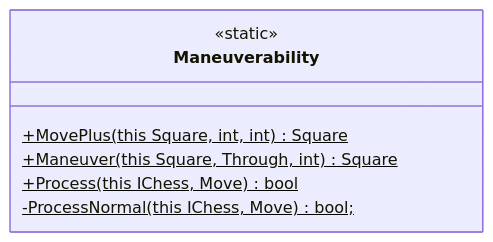
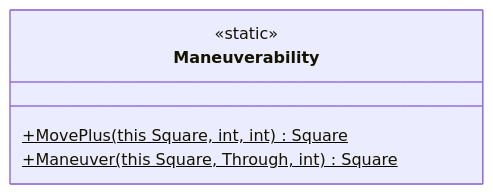
One commit to JeanLColombo/Mate changed the fifth of 9 diagrams in UML Diagram/Core/Extensions.md. Above: the diagram before and after it, drawn with Mermaid. The commit also changed 13 other files, not shown here.

````diff
--- a/UML Diagram/Core/Extensions.md
+++ b/UML Diagram/Core/Extensions.md
@@ -54,10 +54,8 @@
 ```mermaid
     classDiagram
     class Maneuverability{
         <<static>>
         +MovePlus(this Square, int, int)$ Square
         +Maneuver(this Square, Through, int)$ Square
-        +Process(this IChess, Move)$ bool
-        -ProcessNormal(this IChess, Move)$ bool;
     }
 ```
````
